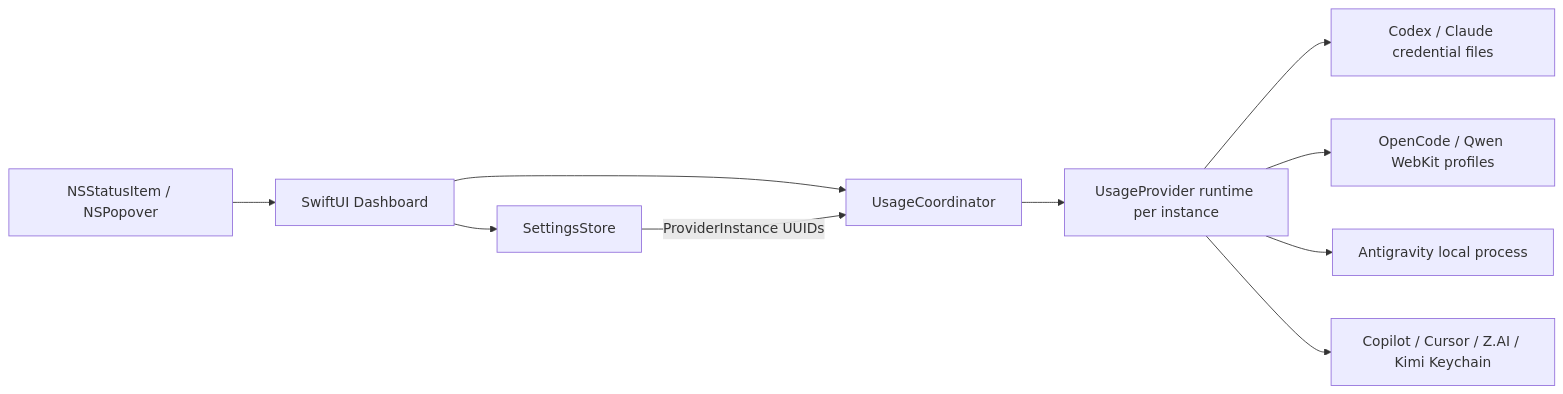
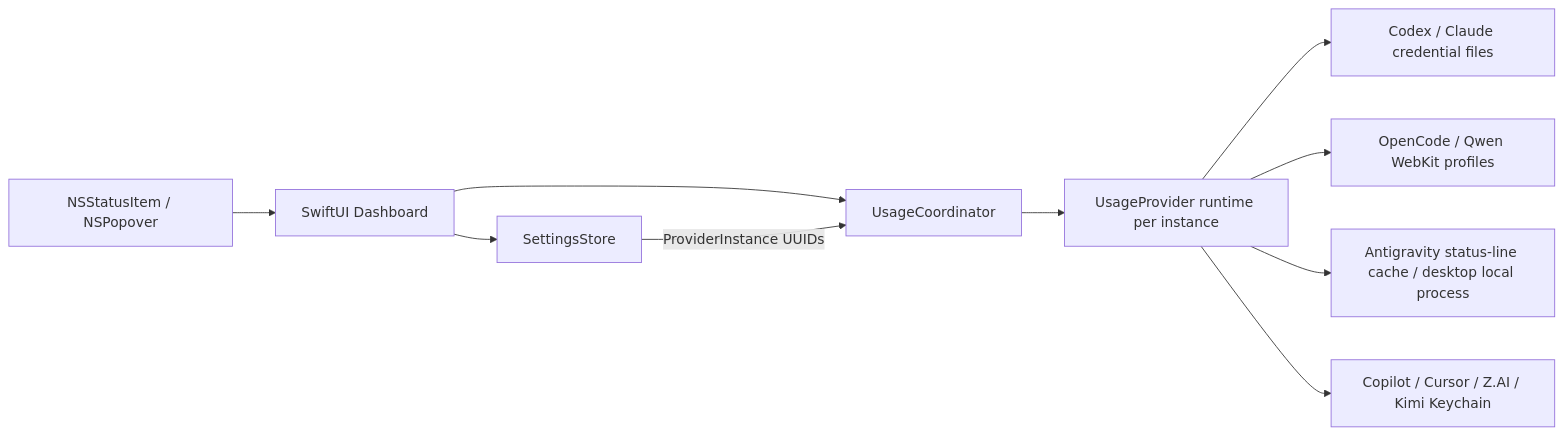
Before and after one commit to PeachGumi/AIUsage: the diagram in README.md, drawn with Mermaid. The commit also changed other lines of this file, not shown here.

Commit message:
Document official Antigravity status-line integration

````diff
--- a/README.md
+++ b/README.md
@@ -227,12 +261,12 @@
 ```mermaid
 flowchart LR
     Status[NSStatusItem / NSPopover] --> Dashboard[SwiftUI Dashboard]
     Dashboard --> Settings[SettingsStore]
     Dashboard --> Coordinator[UsageCoordinator]
     Settings -->|ProviderInstance UUIDs| Coordinator
     Coordinator --> Runtime[UsageProvider runtime per instance]
     Runtime --> Files[Codex / Claude credential files]
     Runtime --> Web[OpenCode / Qwen WebKit profiles]
-    Runtime --> Local[Antigravity local process]
+    Runtime --> Local[Antigravity status-line cache / desktop local process]
     Runtime --> Keys[Copilot / Cursor / Z.AI / Kimi Keychain]
 ```
````
